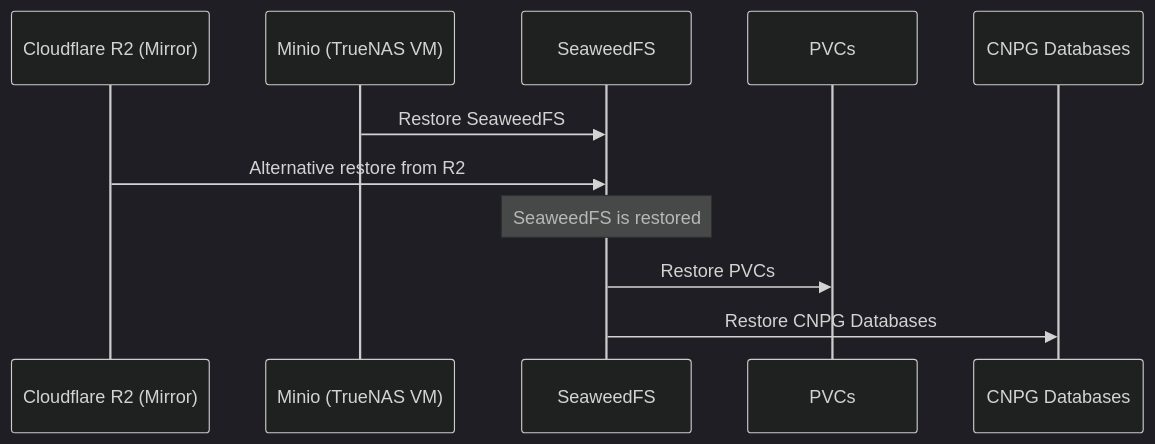
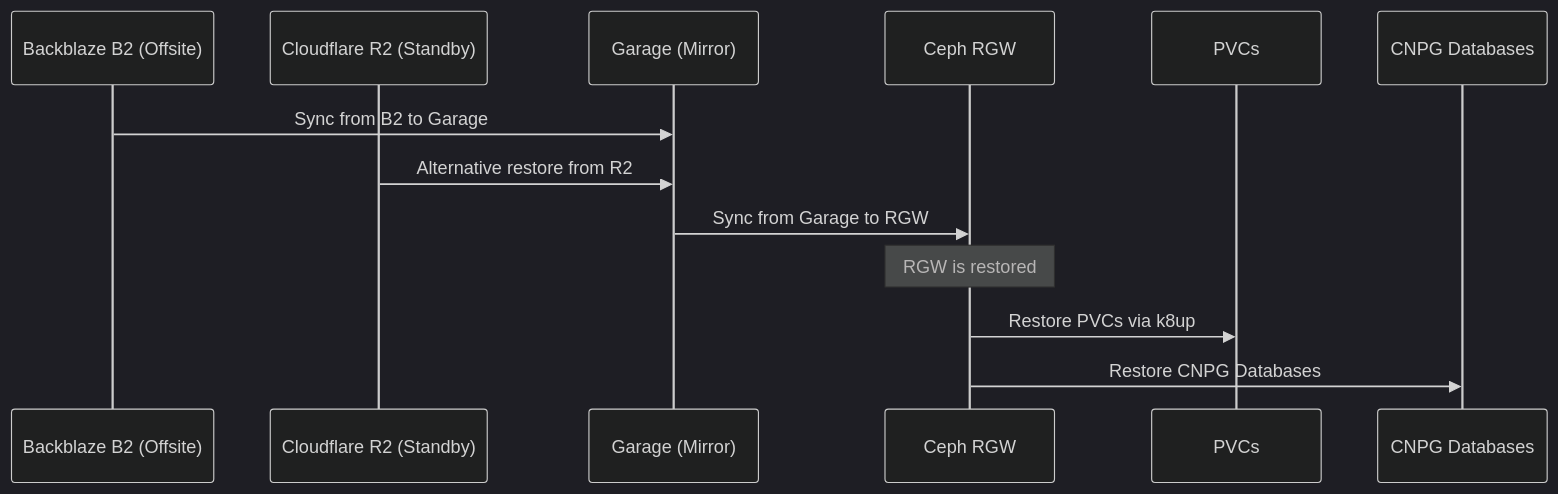
The second of 2 diagrams in docker/docs-site/docs/backups/index.md (blake-hamm/bhamm-lab), drawn with Mermaid before and after one commit. The commit also changed other lines of this file and 7 other files, not shown here.

````diff
--- a/docker/docs-site/docs/backups/index.md
+++ b/docker/docs-site/docs/backups/index.md
@@ -34,18 +46,20 @@
 ```mermaid
 ---
 config:
   theme: 'dark'
 ---
 sequenceDiagram
-    participant r2 as Cloudflare R2 (Mirror)
-    participant minio as Minio (TrueNAS VM)
-    participant swfs as SeaweedFS
+    participant b2 as Backblaze B2 (Offsite)
+    participant r2 as Cloudflare R2 (Standby)
+    participant garage as Garage (Mirror)
+    participant rgw as Ceph RGW
     participant pvc as PVCs
     participant cnpg as CNPG Databases
 
-    minio->>swfs: Restore SeaweedFS
-    r2->>swfs: Alternative restore from R2
-    Note over swfs: SeaweedFS is restored
-    swfs->>pvc: Restore PVCs
-    swfs->>cnpg: Restore CNPG Databases
+    b2->>garage: Sync from B2 to Garage
+    r2->>garage: Alternative restore from R2
+    garage->>rgw: Sync from Garage to RGW
+    Note over rgw: RGW is restored
+    rgw->>pvc: Restore PVCs via k8up
+    rgw->>cnpg: Restore CNPG Databases
 ```
````
